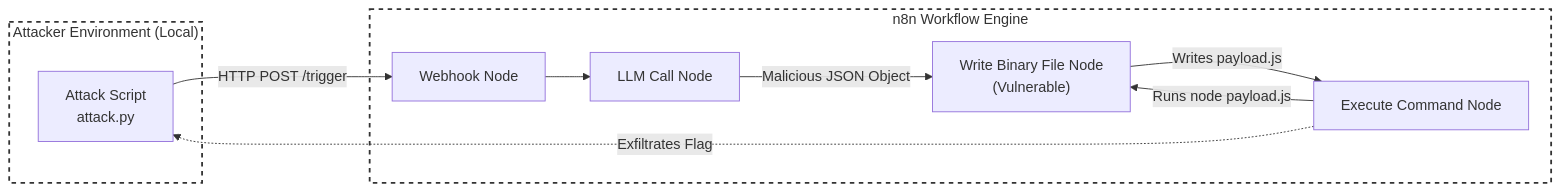
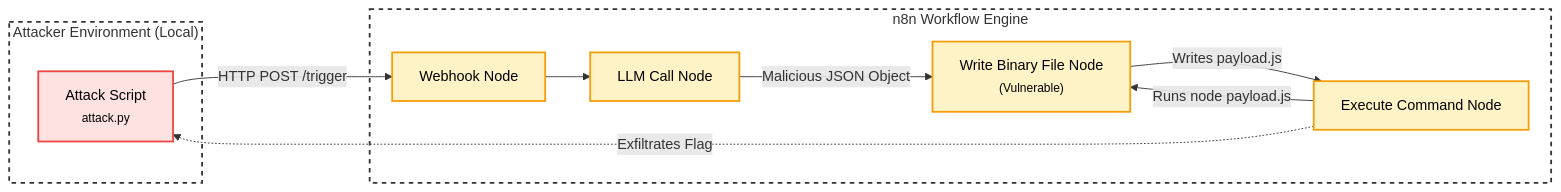
The first of 2 diagrams in docs/threats/workflow_injection/remote_code_execution.md (felipepenha/gurple), drawn with Mermaid before and after one commit. The commit also changed other lines of this file and 5 other files, not shown here.

Commit message:
style(threats): standardize mermaid diagrams and font styling

````diff
--- a/docs/threats/workflow_injection/remote_code_execution.md
+++ b/docs/threats/workflow_injection/remote_code_execution.md
@@ -164,24 +164,32 @@
 ```mermaid
 graph LR
     subgraph dashed_box_attacker ["Attacker Environment (Local)"]
-        AttackScript[Attack Script<br/>attack.py]
+        AttackScript["<span style='color:#000'>Attack Script</span><br /><small style='color:#000'>attack.py</small>"]
     end
 
     subgraph dashed_box_target ["n8n Workflow Engine"]
-        API[Webhook Node]
-        AI[LLM Call Node]
-        FileNode["Write Binary File Node<br />(Vulnerable)"]
-        ExecNode[Execute Command Node]
+        API["<span style='color:#000'>Webhook Node</span>"]
+        AI["<span style='color:#000'>LLM Call Node</span>"]
+        FileNode["<span style='color:#000'>Write Binary File Node</span><br /><small style='color:#000'>(Vulnerable)</small>"]
+        ExecNode["<span style='color:#000'>Execute Command Node</span>"]
     end
 
     %% Interaction flow
-    AttackScript -->|HTTP POST /trigger| API
+    AttackScript -->|"HTTP POST /trigger"| API
     API --> AI
-    AI -->|Malicious JSON Object| FileNode
-    FileNode -->|Writes payload.js| ExecNode
-    ExecNode -->|Runs node payload.js| FileNode
-    ExecNode -.->|Exfiltrates Flag| AttackScript
+    AI -->|"Malicious JSON Object"| FileNode
+    FileNode -->|"Writes payload.js"| ExecNode
+    ExecNode -->|"Runs node payload.js"| FileNode
+    ExecNode -.->|"Exfiltrates Flag"| AttackScript
+
+    classDef red fill:#fee2e2,stroke:#ef4444,stroke-width:2px,color:#000;
+    classDef yellow fill:#fef3c7,stroke:#f59e0b,stroke-width:2px,color:#000;
+    classDef blue fill:#e0e7ff,stroke:#5f6de9,stroke-width:2px,color:#000;
+    classDef purple fill:#ffe1f5,stroke:#d946ef,stroke-width:2px,color:#000;
+
+    class AttackScript red;
+    class API,AI,FileNode,ExecNode yellow;
 
     style dashed_box_attacker stroke-dasharray: 5 5, fill:none,stroke:#333,stroke-width:2px;
     style dashed_box_target stroke-dasharray: 5 5, fill:none,stroke:#333,stroke-width:2px;
 ```
````
